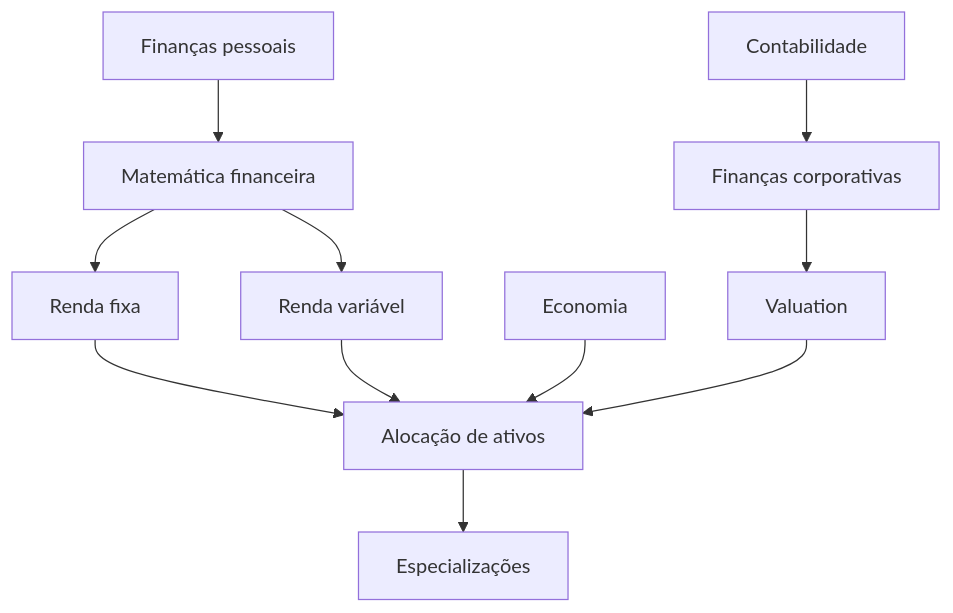
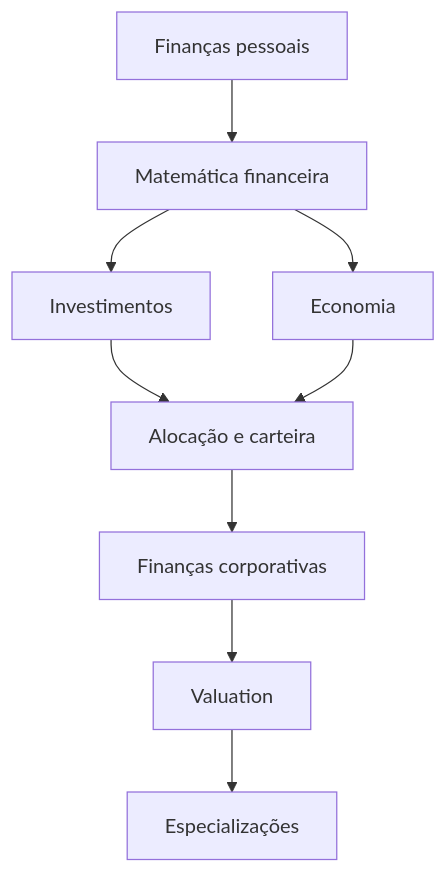
Before and after one commit to J3ipy/Universidade-Aberta-Financas: the diagram in README.md, drawn with Mermaid. The commit also changed other lines of this file, not shown here.

````diff
--- a/README.md
+++ b/README.md
@@ -36,13 +56,12 @@
 ```mermaid
 graph TD
-A[Finanças pessoais] --> B[Matemática financeira]
-B --> C[Renda fixa]
-B --> D[Renda variável]
-C --> E[Alocação de ativos]
-D --> E
-F[Economia] --> E
-G[Contabilidade] --> H[Finanças corporativas]
-H --> I[Valuation]
-I --> E
-E --> J[Especializações]
+    A[Finanças pessoais] --> B[Matemática financeira]
+    B --> C[Investimentos]
+    B --> D[Economia]
+    C --> E[Alocação e carteira]
+    D --> E
+    E --> F[Finanças corporativas]
+    F --> G[Valuation]
+    G --> H[Especializações]
+
 ```
````
